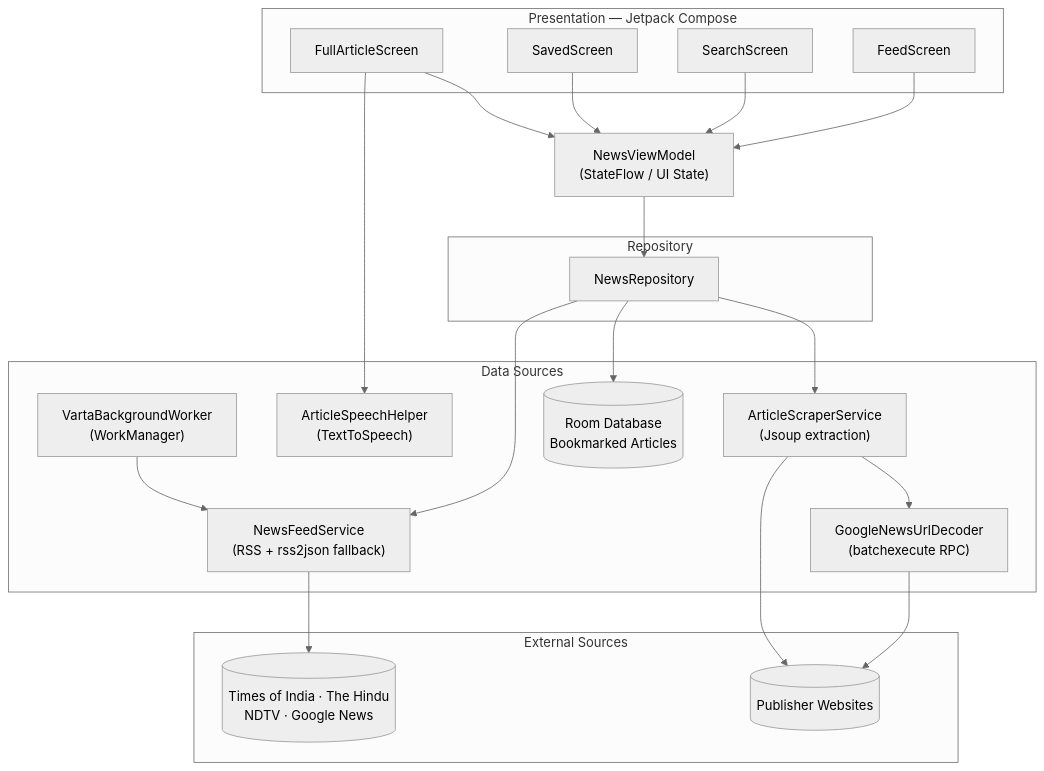
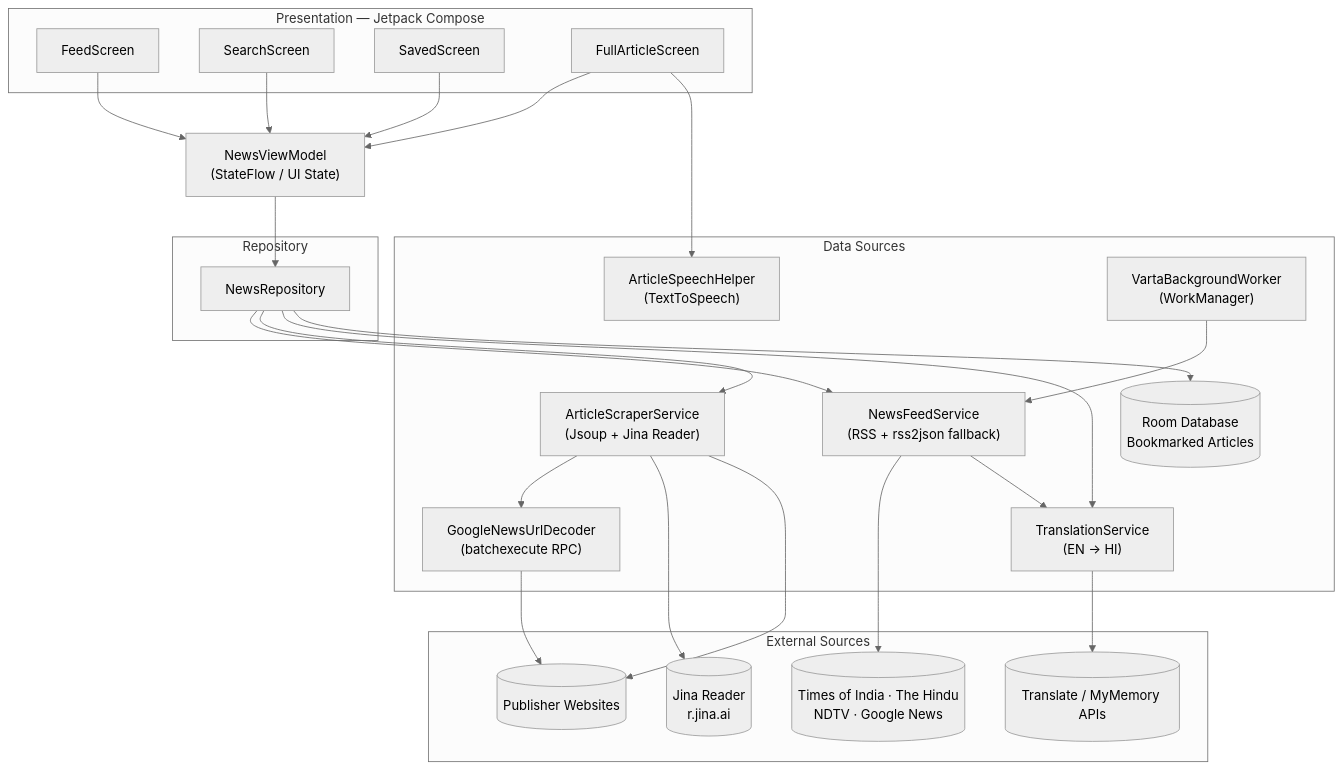
The diagram in README.md (Adarsh311/Varta), drawn with Mermaid (neutral theme) before and after one commit. The commit also changed other lines of this file, not shown here.

````diff
--- a/README.md
+++ b/README.md
@@ -119,44 +129,51 @@
 ```mermaid
 flowchart TD
     subgraph UI["Presentation — Jetpack Compose"]
         Feed[FeedScreen]
         Search[SearchScreen]
         Saved[SavedScreen]
         Article[FullArticleScreen]
     end
 
     VM["NewsViewModel<br/>(StateFlow / UI State)"]
 
     subgraph Domain["Repository"]
         Repo[NewsRepository]
     end
 
     subgraph Data["Data Sources"]
         FeedSvc["NewsFeedService<br/>(RSS + rss2json fallback)"]
-        ScrapeSvc["ArticleScraperService<br/>(Jsoup extraction)"]
+        ScrapeSvc["ArticleScraperService<br/>(Jsoup + Jina Reader)"]
         Decoder["GoogleNewsUrlDecoder<br/>(batchexecute RPC)"]
+        Translate["TranslationService<br/>(EN → HI)"]
         Speech["ArticleSpeechHelper<br/>(TextToSpeech)"]
         Worker["VartaBackgroundWorker<br/>(WorkManager)"]
         DB[("Room Database<br/>Bookmarked Articles")]
     end
 
     subgraph External["External Sources"]
         RSS[("Times of India · The Hindu<br/>NDTV · Google News")]
         Web[("Publisher Websites")]
+        Reader[("Jina Reader<br/>r.jina.ai")]
+        Trans[("Translate / MyMemory APIs")]
     end
 
     Feed --> VM
     Search --> VM
     Saved --> VM
     Article --> VM
     Article --> Speech
     VM --> Repo
     Repo --> FeedSvc
     Repo --> ScrapeSvc
+    Repo --> Translate
     Repo --> DB
     Worker --> FeedSvc
     ScrapeSvc --> Decoder
+    ScrapeSvc --> Reader
     FeedSvc --> RSS
+    FeedSvc --> Translate
+    Translate --> Trans
     Decoder --> Web
     ScrapeSvc --> Web
 ```
````
